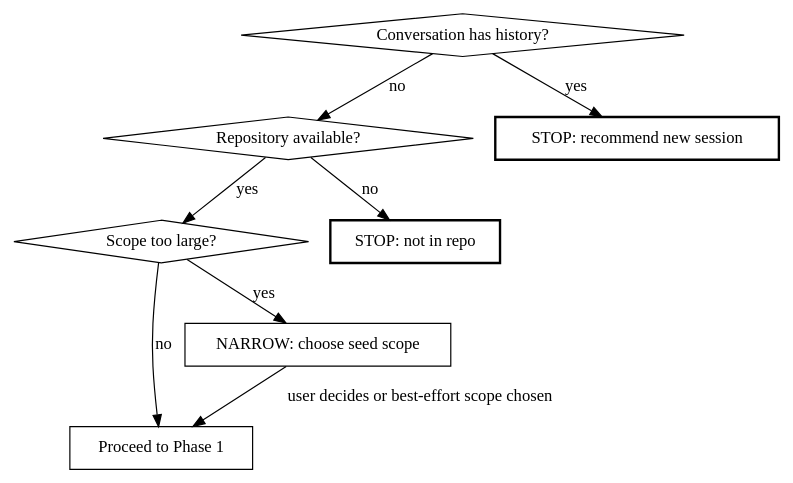
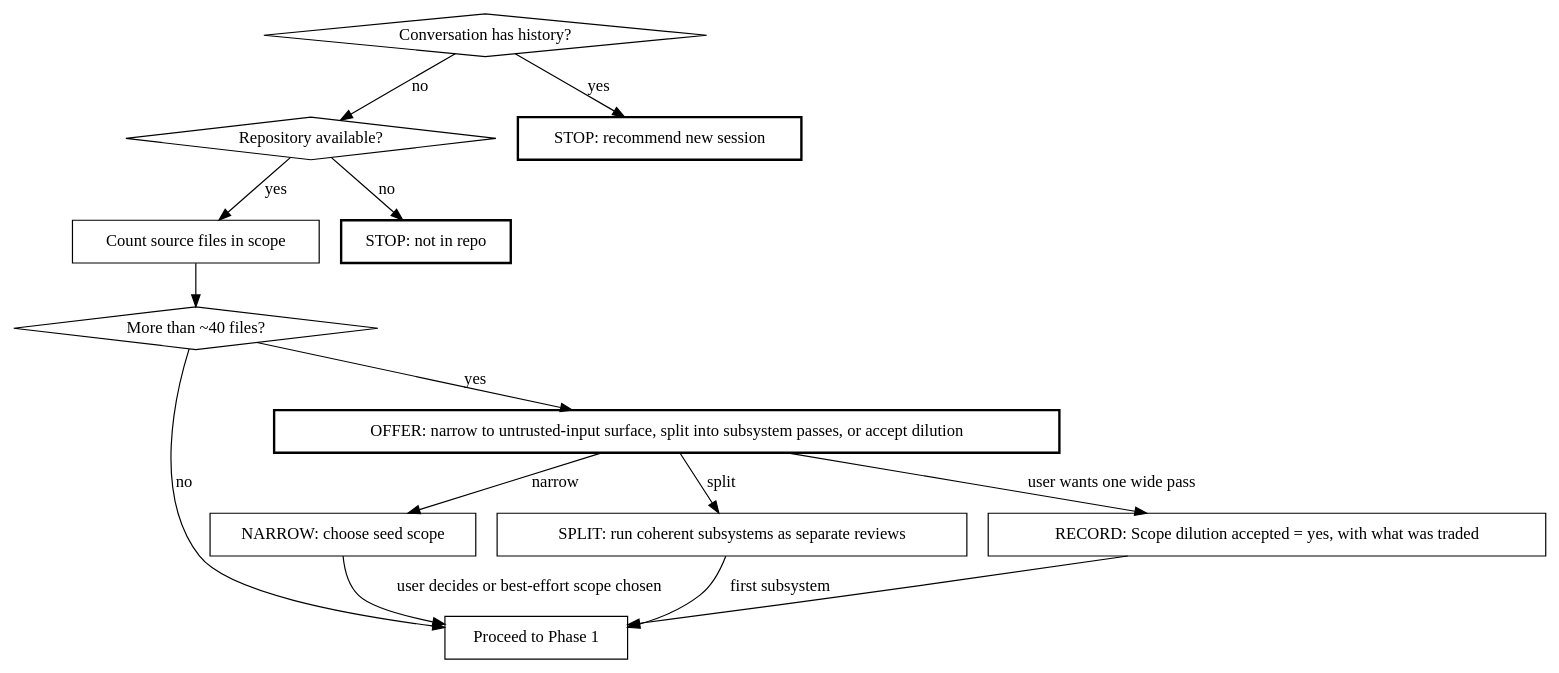
Before and after one commit to Ovid/paad: the first of 3 diagrams in kiro_and_antigravity/skills/.kiro/skills/agentic-owasp/SKILL.md, drawn with Graphviz. The commit also changed other lines of this file and 4 other files, not shown here.

````diff
--- a/kiro_and_antigravity/skills/.kiro/skills/agentic-owasp/SKILL.md
+++ b/kiro_and_antigravity/skills/.kiro/skills/agentic-owasp/SKILL.md
@@ -50,19 +61,29 @@
 ```dot
 digraph preflight {
   "Conversation has history?" [shape=diamond];
   "Repository available?" [shape=diamond];
-  "Scope too large?" [shape=diamond];
+  "Count source files in scope" [shape=box];
+  "More than ~40 files?" [shape=diamond];
   "Proceed to Phase 1" [shape=box];
   "STOP: recommend new session" [shape=box, style=bold];
   "STOP: not in repo" [shape=box, style=bold];
+  "OFFER: narrow to untrusted-input surface, split into subsystem passes, or accept dilution" [shape=box, style=bold];
   "NARROW: choose seed scope" [shape=box];
+  "SPLIT: run coherent subsystems as separate reviews" [shape=box];
+  "RECORD: Scope dilution accepted = yes, with what was traded" [shape=box];
 
   "Conversation has history?" -> "STOP: recommend new session" [label="yes"];
   "Conversation has history?" -> "Repository available?" [label="no"];
   "Repository available?" -> "STOP: not in repo" [label="no"];
-  "Repository available?" -> "Scope too large?" [label="yes"];
-  "Scope too large?" -> "NARROW: choose seed scope" [label="yes"];
-  "Scope too large?" -> "Proceed to Phase 1" [label="no"];
+  "Repository available?" -> "Count source files in scope" [label="yes"];
+  "Count source files in scope" -> "More than ~40 files?";
+  "More than ~40 files?" -> "OFFER: narrow to untrusted-input surface, split into subsystem passes, or accept dilution" [label="yes"];
+  "More than ~40 files?" -> "Proceed to Phase 1" [label="no"];
+  "OFFER: narrow to untrusted-input surface, split into subsystem passes, or accept dilution" -> "NARROW: choose seed scope" [label="narrow"];
+  "OFFER: narrow to untrusted-input surface, split into subsystem passes, or accept dilution" -> "SPLIT: run coherent subsystems as separate reviews" [label="split"];
+  "OFFER: narrow to untrusted-input surface, split into subsystem passes, or accept dilution" -> "RECORD: Scope dilution accepted = yes, with what was traded" [label="user wants one wide pass"];
   "NARROW: choose seed scope" -> "Proceed to Phase 1" [label="user decides or best-effort scope chosen"];
+  "SPLIT: run coherent subsystems as separate reviews" -> "Proceed to Phase 1" [label="first subsystem"];
+  "RECORD: Scope dilution accepted = yes, with what was traded" -> "Proceed to Phase 1";
 }
 ```
````
